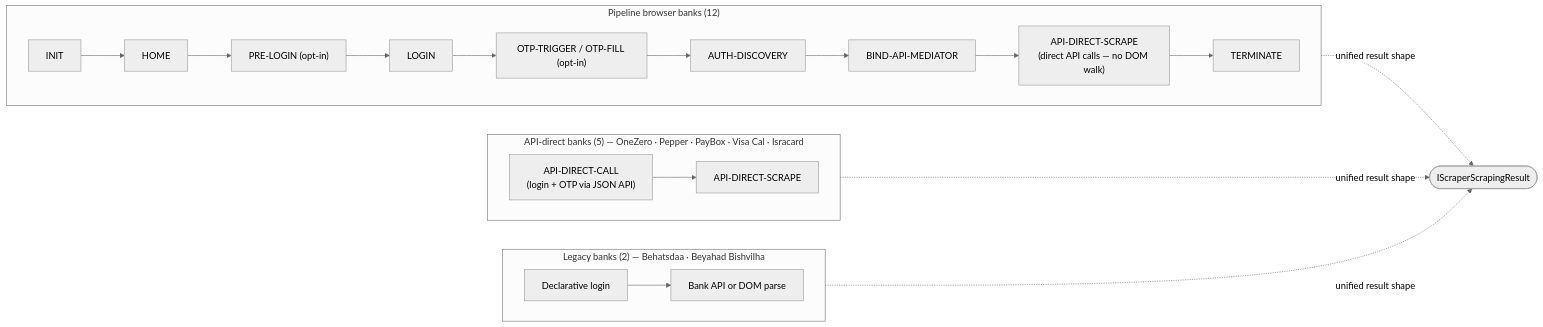
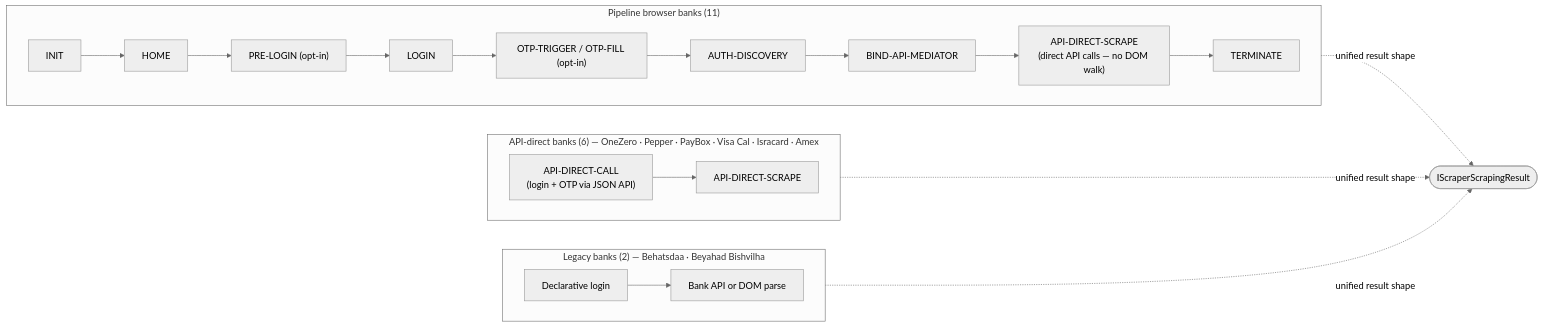
The diagram in README.md (sergienko4/israeli-bank-scrapers), drawn with Mermaid (neutral theme) before and after one commit. The commit also changed other lines of this file and 135 other files, not shown here.

````diff
--- a/README.md
+++ b/README.md
@@ -382,27 +383,27 @@
 ```mermaid
 flowchart LR
-    subgraph BB["Pipeline browser banks (12)"]
+    subgraph BB["Pipeline browser banks (11)"]
       direction LR
       INIT --> HOME --> PRELOGIN["PRE-LOGIN (opt-in)"]
       PRELOGIN --> LOGIN
       LOGIN --> OTP["OTP-TRIGGER / OTP-FILL (opt-in)"]
       OTP --> AUTH["AUTH-DISCOVERY"]
       AUTH --> BIND["BIND-API-MEDIATOR"]
       BIND --> SCRAPE["API-DIRECT-SCRAPE<br/>(direct API calls — no DOM walk)"]
       SCRAPE --> TERM["TERMINATE"]
     end
 
-    subgraph API["API-direct banks (5) — OneZero · Pepper · PayBox · Visa Cal · Isracard"]
+    subgraph API["API-direct banks (6) — OneZero · Pepper · PayBox · Visa Cal · Isracard · Amex"]
       direction LR
       CALL["API-DIRECT-CALL<br/>(login + OTP via JSON API)"] --> SCR["API-DIRECT-SCRAPE"]
     end
 
     subgraph LEG["Legacy banks (2) — Behatsdaa · Beyahad Bishvilha"]
       direction LR
       LLOGIN["Declarative login"] --> LFETCH["Bank API or DOM parse"]
     end
 
     BB -.->|"unified result shape"| RESULT(["IScraperScrapingResult"])
     API -.->|"unified result shape"| RESULT
     LEG -.->|"unified result shape"| RESULT
 ```
````
